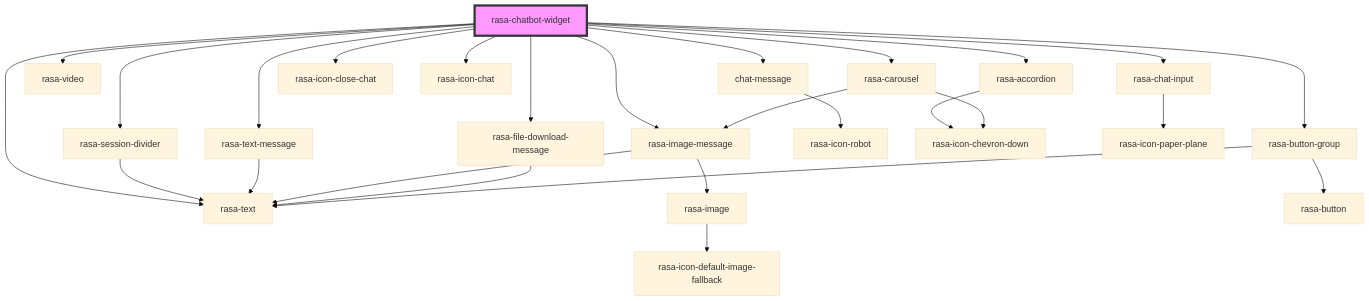
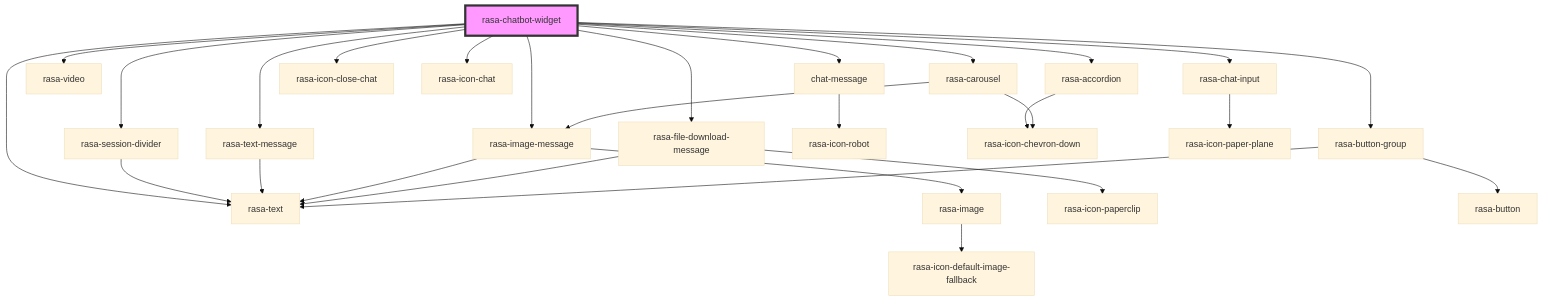
The diagram in packages/web-component/src/rasa-chatbot-widget/readme.md (RasaHQ/chat-widget), drawn with Mermaid (base theme) before and after one commit. The commit also changed 14 other files, not shown here.

````diff
--- a/packages/web-component/src/rasa-chatbot-widget/readme.md
+++ b/packages/web-component/src/rasa-chatbot-widget/readme.md
@@ -44,30 +44,31 @@
 ```mermaid
 graph TD;
   rasa-chatbot-widget --> rasa-session-divider
   rasa-chatbot-widget --> chat-message
   rasa-chatbot-widget --> rasa-text-message
   rasa-chatbot-widget --> rasa-image-message
   rasa-chatbot-widget --> rasa-video
   rasa-chatbot-widget --> rasa-file-download-message
   rasa-chatbot-widget --> rasa-accordion
   rasa-chatbot-widget --> rasa-text
   rasa-chatbot-widget --> rasa-button-group
   rasa-chatbot-widget --> rasa-carousel
   rasa-chatbot-widget --> rasa-icon-close-chat
   rasa-chatbot-widget --> rasa-icon-chat
   rasa-chatbot-widget --> rasa-chat-input
   rasa-session-divider --> rasa-text
   chat-message --> rasa-icon-robot
   rasa-text-message --> rasa-text
   rasa-image-message --> rasa-image
   rasa-image-message --> rasa-text
   rasa-image --> rasa-icon-default-image-fallback
+  rasa-file-download-message --> rasa-icon-paperclip
   rasa-file-download-message --> rasa-text
   rasa-accordion --> rasa-icon-chevron-down
   rasa-button-group --> rasa-button
   rasa-button-group --> rasa-text
   rasa-carousel --> rasa-image-message
   rasa-carousel --> rasa-icon-chevron-down
   rasa-chat-input --> rasa-icon-paper-plane
   style rasa-chatbot-widget fill:#f9f,stroke:#333,stroke-width:4px
 ```
````
